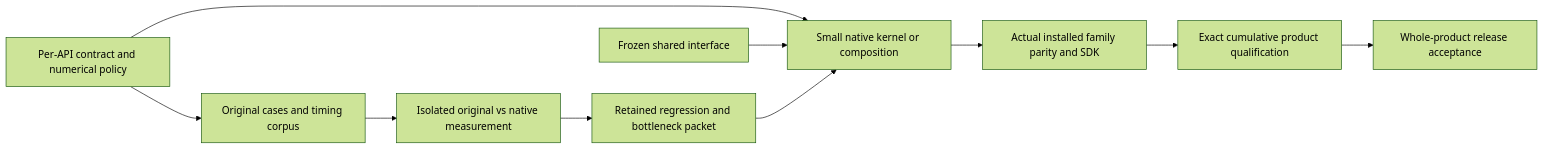
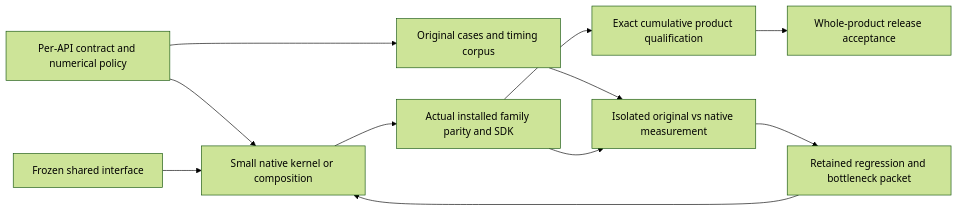
Before and after one commit to bipxx/scikit-imagexx: the diagram in coverage/EXECUTION_PLAN.md, drawn with Mermaid (forest theme). The commit also changed other lines of this file and 3 other files, not shown here.

````diff
--- a/coverage/EXECUTION_PLAN.md
+++ b/coverage/EXECUTION_PLAN.md
@@ -699,12 +770,13 @@
 ```mermaid
 flowchart LR
     A[Per-API contract and numerical policy] --> K[Small native kernel or composition]
     A --> H[Original cases and timing corpus]
     S[Frozen shared interface] --> K
     K --> P[Actual installed family parity and SDK]
     P --> Q[Exact cumulative product qualification]
     H --> M[Isolated original vs native measurement]
+    P --> M
     Q --> RLS[Whole-product release acceptance]
     M --> R[Retained regression and bottleneck packet]
     R --> K
 ```
````
